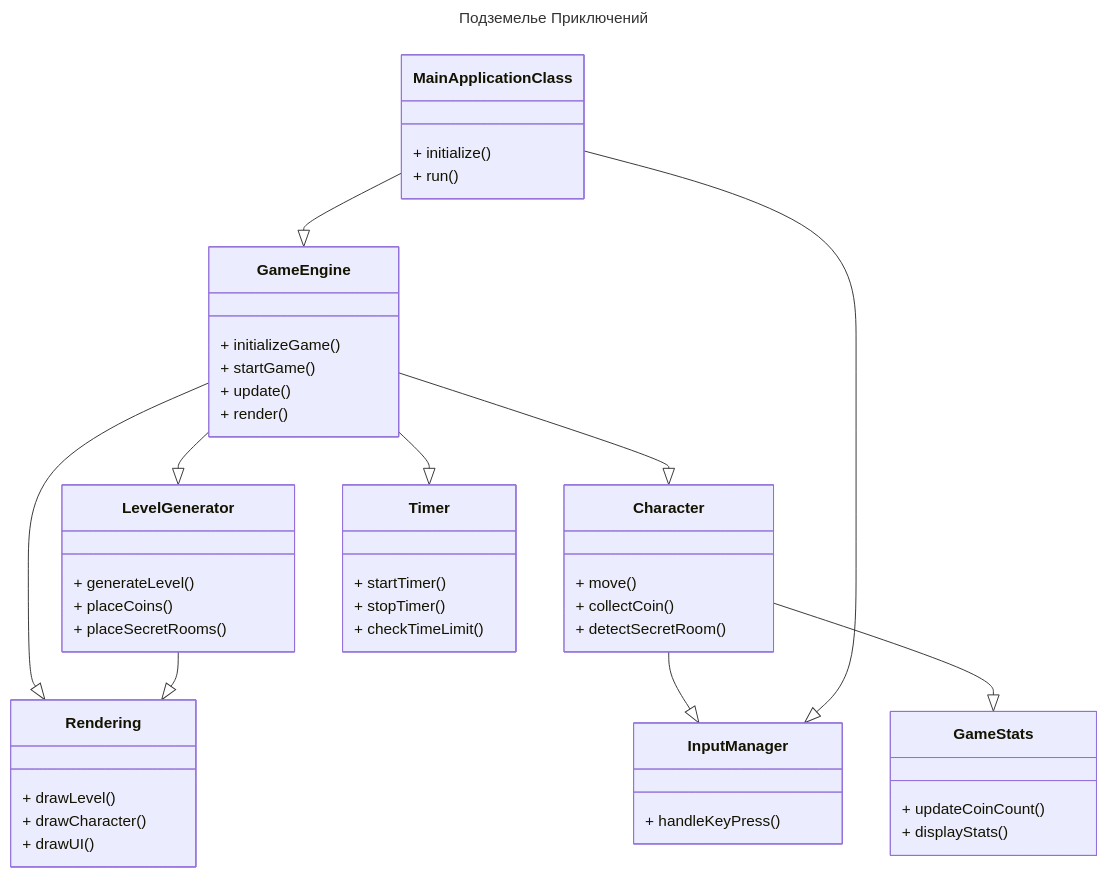
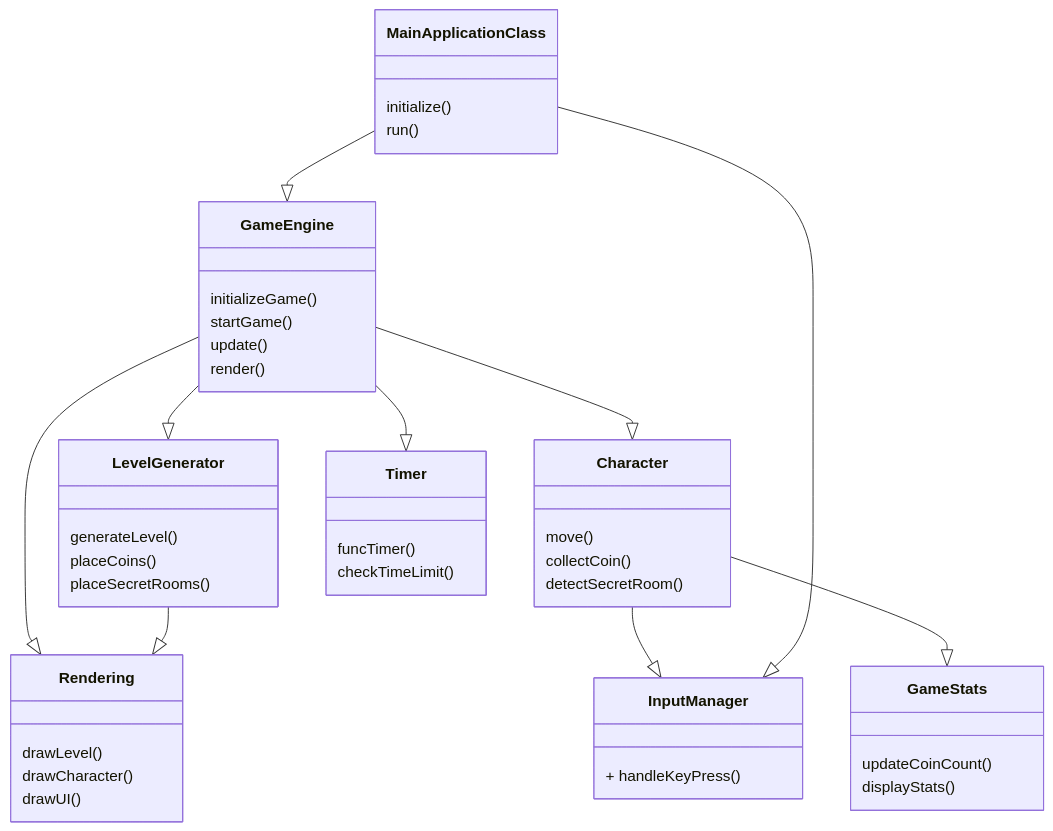
The diagram in docs/struct.md (EgorVarshutin22107/laughing-potato), drawn with Mermaid before and after one commit. The commit also changed other lines of this file, not shown here.

````diff
--- a/docs/struct.md
+++ b/docs/struct.md
@@ -6,54 +6,50 @@
 ```mermaid
----
-title: Подземелье Приключений
----
 classDiagram 
     class GameEngine {
-        + initializeGame()
-        + startGame()
-        + update()
-        + render()
+        initializeGame()
+        startGame()
+        update()
+        render()
     }
     class LevelGenerator {
-        + generateLevel()
-        + placeCoins()
-        + placeSecretRooms()
+        generateLevel()
+        placeCoins()
+        placeSecretRooms()
     }
     class Character {
-        + move()
-        + collectCoin()
-        + detectSecretRoom()
+        move()
+        collectCoin()
+        detectSecretRoom()
     }
     class Timer {
-        + startTimer()
-        + stopTimer()
-        + checkTimeLimit()
+        funcTimer()
+        checkTimeLimit()
     }
     class Rendering {
-        + drawLevel()
-        + drawCharacter()
-        + drawUI()
+        drawLevel()
+        drawCharacter()
+        drawUI()
     }
     class InputManager {
         + handleKeyPress()
     }
     class GameStats {
-        + updateCoinCount()
-        + displayStats()
+        updateCoinCount()
+        displayStats()
     }
     class MainApplicationClass {
-        + initialize()
-        + run()
+        initialize()
+        run()
     }
 
     GameEngine --|> LevelGenerator
     GameEngine --|> Character
     GameEngine --|> Rendering
     GameEngine --|> Timer
     LevelGenerator --|> Rendering
     Character --|> InputManager
     Character --|> GameStats
     MainApplicationClass --|> GameEngine
     MainApplicationClass --|> InputManager
 
 ```
````
